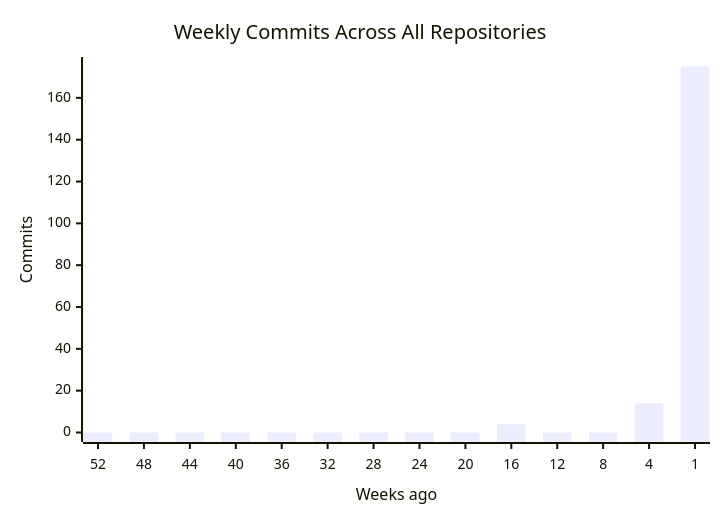
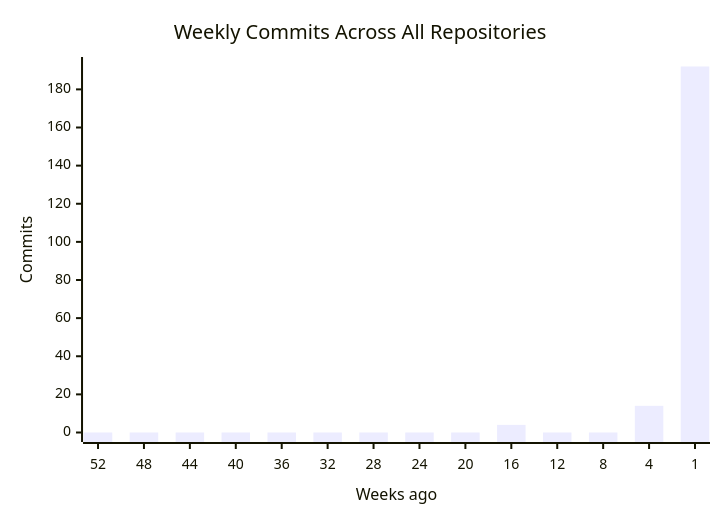
One commit to CSTH-Projects/.github changed the first of 4 diagrams in profile/README.md. Above: the diagram before and after it, drawn with Mermaid. The commit also changed other lines of this file, not shown here.

````diff
--- a/profile/README.md
+++ b/profile/README.md
@@ -16,7 +16,7 @@
 ```mermaid
 xychart-beta
     title "Weekly Commits Across All Repositories"
     x-axis "Weeks ago" [52, 48, 44, 40, 36, 32, 28, 24, 20, 16, 12, 8, 4, 1]
     y-axis "Commits"
-    bar [0, 0, 0, 0, 0, 0, 0, 0, 0, 4, 0, 0, 14, 175]
+    bar [0, 0, 0, 0, 0, 0, 0, 0, 0, 4, 0, 0, 14, 192]
 ```
````
